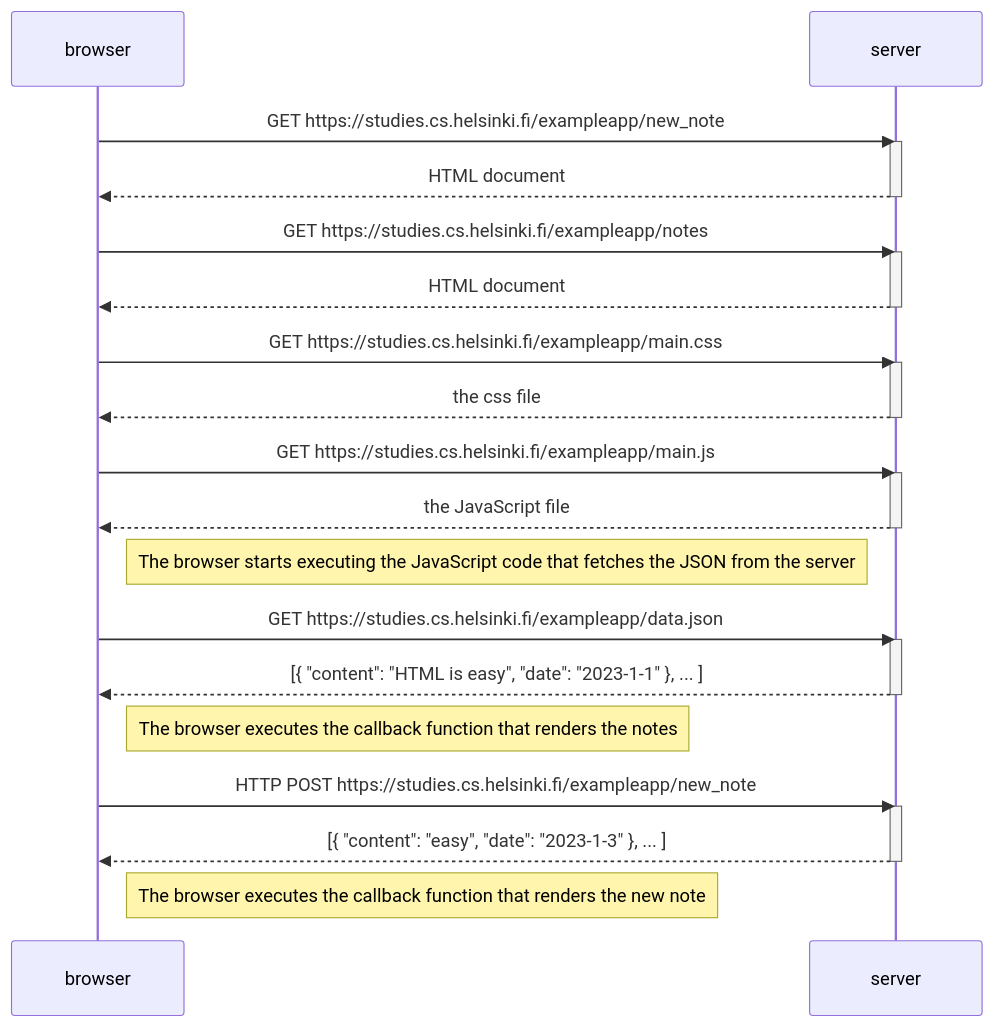
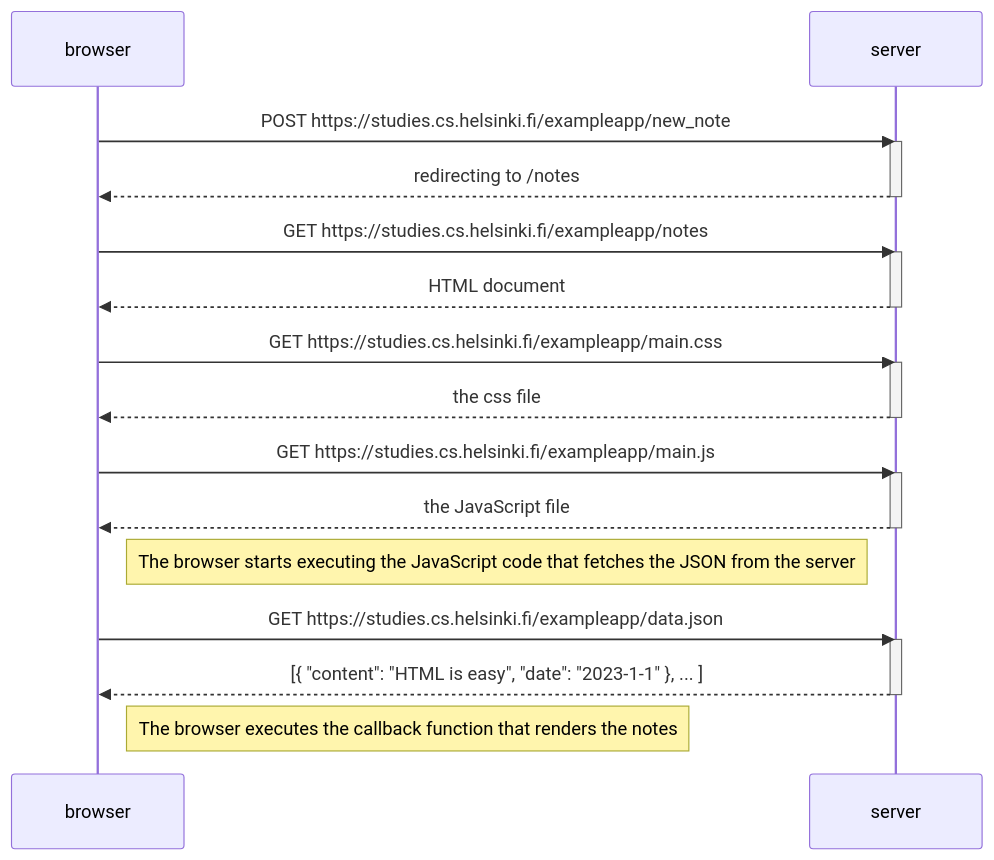
One commit to kaisla3/osa0 changed the first of 3 diagrams in README.md. Above: the diagram before and after it, drawn with Mermaid. The commit also changed other lines of this file, not shown here.

````diff
--- a/README.md
+++ b/README.md
@@ -3,42 +3,35 @@
 ```mermaid
 sequenceDiagram
     participant browser
     participant server
     
-    browser->>server: GET https://studies.cs.helsinki.fi/exampleapp/new_note
+    browser->>server: POST https://studies.cs.helsinki.fi/exampleapp/new_note
     activate server
-    server-->>browser: HTML document
+    server-->>browser: redirecting to /notes
     deactivate server
 
     browser->>server: GET https://studies.cs.helsinki.fi/exampleapp/notes
     activate server
     server-->>browser: HTML document
     deactivate server
     
     browser->>server: GET https://studies.cs.helsinki.fi/exampleapp/main.css
     activate server
     server-->>browser: the css file
     deactivate server
     
     browser->>server: GET https://studies.cs.helsinki.fi/exampleapp/main.js
     activate server
     server-->>browser: the JavaScript file
     deactivate server
     
     Note right of browser: The browser starts executing the JavaScript code that fetches the JSON from the server
     
     browser->>server: GET https://studies.cs.helsinki.fi/exampleapp/data.json
     activate server
     server-->>browser: [{ "content": "HTML is easy", "date": "2023-1-1" }, ... ]
     deactivate server    
 
     Note right of browser: The browser executes the callback function that renders the notes 
 
-    browser->>server: HTTP POST https://studies.cs.helsinki.fi/exampleapp/new_note
-    activate server
-    server-->>browser: [{ "content": "easy", "date": "2023-1-3" }, ... ]
-    deactivate server
-
-    Note right of browser: The browser executes the callback function that renders the new note
-
 ```
````
